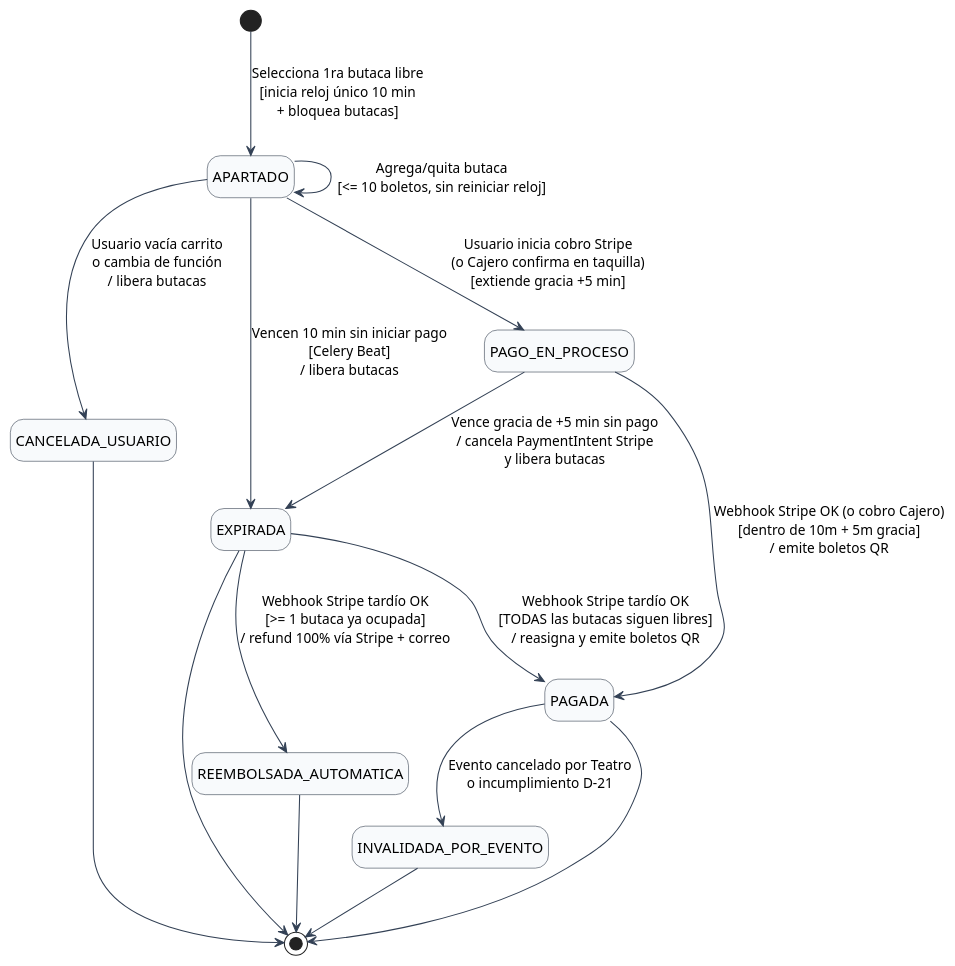
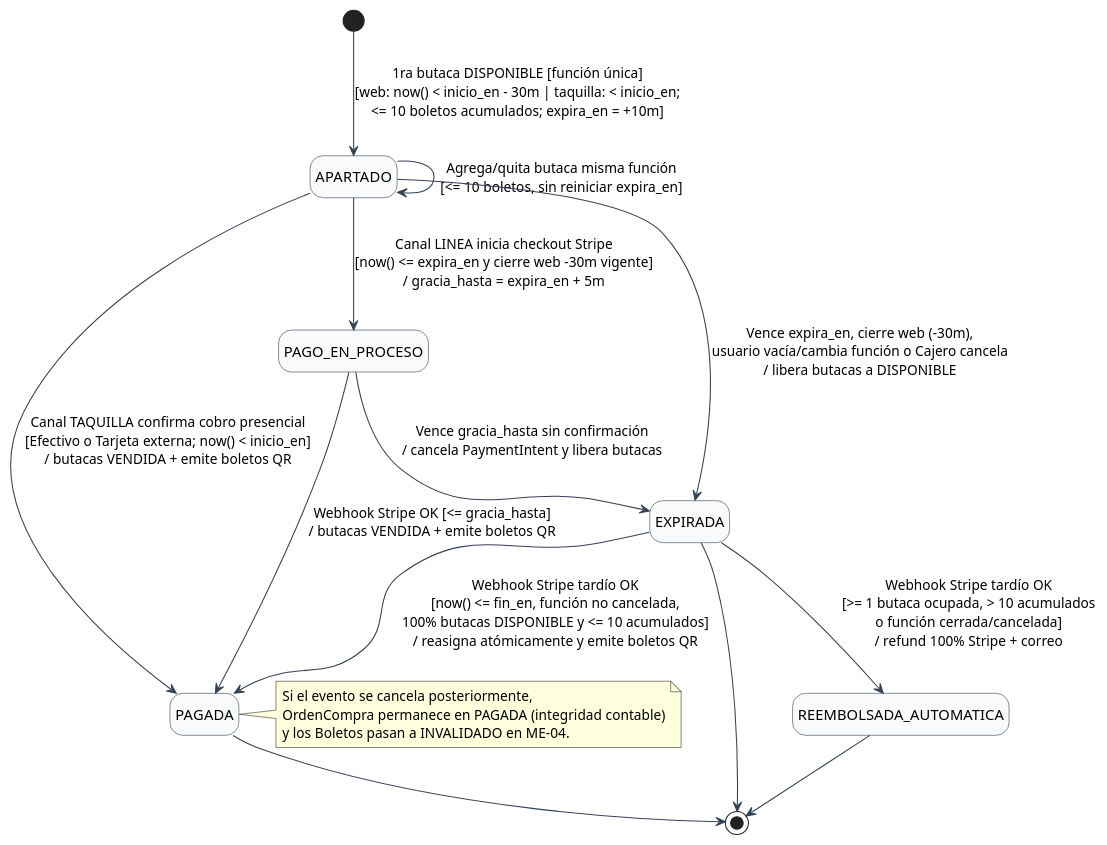
The diagram in docs/maquinas-de-estado/me03-orden-compra.puml (AntonioVargas97/Teatro), drawn with PlantUML before and after one commit. The commit also changed 4 other files, not shown here.

Commit message:
docs(state-machines): sync diagrams and spec with truth docs

```diff
--- a/docs/maquinas-de-estado/me03-orden-compra.puml
+++ b/docs/maquinas-de-estado/me03-orden-compra.puml
@@ -1,29 +1,31 @@
 @startuml ME03_Orden_Compra
 hide empty description
 skinparam state {
   BackgroundColor #F8FAFC
   BorderColor #1E293B
   ArrowColor #334155
 }
 
-[*] --> APARTADO : Selecciona 1ra butaca libre\n[inicia reloj único 10 min\n+ bloquea butacas]
+[*] --> APARTADO : 1ra butaca DISPONIBLE [función única]\n[web: now() < inicio_en - 30m | taquilla: < inicio_en;\n<= 10 boletos acumulados; expira_en = +10m]
 
-APARTADO --> APARTADO : Agrega/quita butaca\n[<= 10 boletos, sin reiniciar reloj]
-APARTADO --> CANCELADA_USUARIO : Usuario vacía carrito\no cambia de función\n/ libera butacas
-APARTADO --> EXPIRADA : Vencen 10 min sin iniciar pago\n[Celery Beat]\n/ libera butacas
-APARTADO --> PAGO_EN_PROCESO : Usuario inicia cobro Stripe\n(o Cajero confirma en taquilla)\n[extiende gracia +5 min]
+APARTADO --> APARTADO : Agrega/quita butaca misma función\n[<= 10 boletos, sin reiniciar expira_en]
+APARTADO --> EXPIRADA : Vence expira_en, cierre web (-30m),\nusuario vacía/cambia función o Cajero cancela\n/ libera butacas a DISPONIBLE
+APARTADO --> PAGO_EN_PROCESO : Canal LINEA inicia checkout Stripe\n[now() <= expira_en y cierre web -30m vigente]\n/ gracia_hasta = expira_en + 5m
+APARTADO --> PAGADA : Canal TAQUILLA confirma cobro presencial\n[Efectivo o Tarjeta externa; now() < inicio_en]\n/ butacas VENDIDA + emite boletos QR
 
-PAGO_EN_PROCESO --> PAGADA : Webhook Stripe OK (o cobro Cajero)\n[dentro de 10m + 5m gracia]\n/ emite boletos QR
-PAGO_EN_PROCESO --> EXPIRADA : Vence gracia de +5 min sin pago\n/ cancela PaymentIntent Stripe\ny libera butacas
+PAGO_EN_PROCESO --> PAGADA : Webhook Stripe OK [<= gracia_hasta]\n/ butacas VENDIDA + emite boletos QR
+PAGO_EN_PROCESO --> EXPIRADA : Vence gracia_hasta sin confirmación\n/ cancela PaymentIntent y libera butacas
 
-EXPIRADA --> PAGADA : Webhook Stripe tardío OK\n[TODAS las butacas siguen libres]\n/ reasigna y emite boletos QR
-EXPIRADA --> REEMBOLSADA_AUTOMATICA : Webhook Stripe tardío OK\n[>= 1 butaca ya ocupada]\n/ refund 100% vía Stripe + correo
+EXPIRADA --> PAGADA : Webhook Stripe tardío OK\n[now() <= fin_en, función no cancelada,\n100% butacas DISPONIBLE y <= 10 acumulados]\n/ reasigna atómicamente y emite boletos QR
+EXPIRADA --> REEMBOLSADA_AUTOMATICA : Webhook Stripe tardío OK\n[>= 1 butaca ocupada, > 10 acumulados\no función cerrada/cancelada]\n/ refund 100% Stripe + correo
 
-PAGADA --> INVALIDADA_POR_EVENTO : Evento cancelado por Teatro\no incumplimiento D-21
+note right of PAGADA
+  Si el evento se cancela posteriormente,
+  OrdenCompra permanece en PAGADA (integridad contable)
+  y los Boletos pasan a INVALIDADO en ME-04.
+end note
 
-CANCELADA_USUARIO --> [*]
+PAGADA --> [*]
 EXPIRADA --> [*]
 REEMBOLSADA_AUTOMATICA --> [*]
-PAGADA --> [*]
-INVALIDADA_POR_EVENTO --> [*]
 @enduml
```
